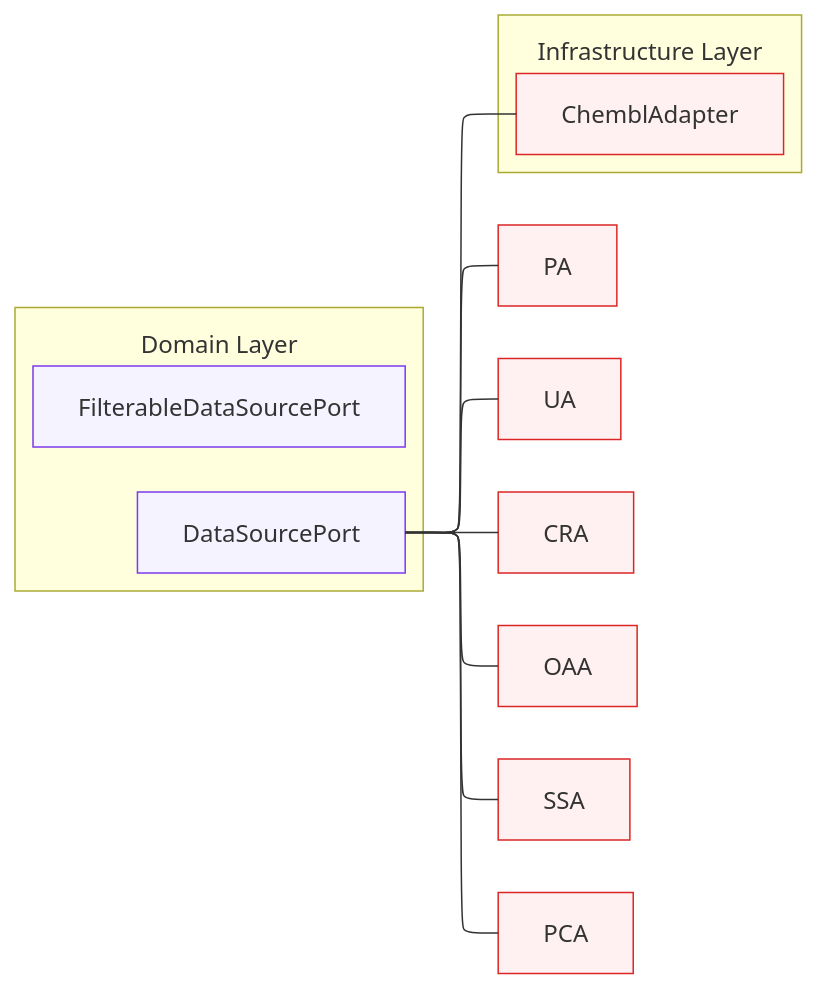
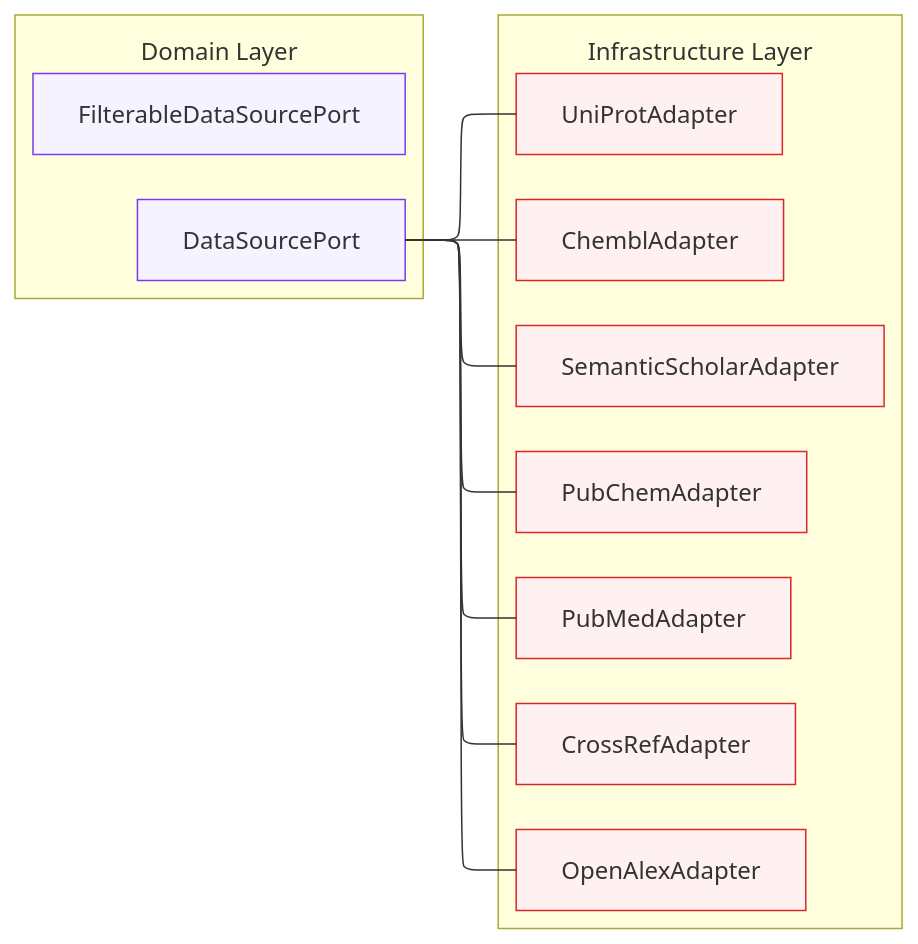
One commit to SatoryKono/BioactivityDataAcquisition changed the diagram in docs/02-architecture/diagrams/architecture/13g-port-contracts-data-sources.mmd. Above: the diagram before and after it, drawn with Mermaid. The commit also changed 24 other files, not shown here.

```diff
--- a/docs/02-architecture/diagrams/architecture/13g-port-contracts-data-sources.mmd
+++ b/docs/02-architecture/diagrams/architecture/13g-port-contracts-data-sources.mmd
@@ -1,41 +1,48 @@
 %% BioETL — Port Contracts: Data Sources
-%% Covers DataSourcePort and FilterableDataSourcePort implementations per provider.
+%% Covers DataSourcePort implementations per provider. FilterableDataSourcePort
+%% is shown without provider bindings in this view (keep-orphan).
 
 %% @version 1.0.0
 %% @date    2026-07-31
 %% @type    flowchart
 %% @level   System / Component
 %% @view    data-sources
 %% @parent  13-port-protocol-contracts.mmd
 %% @nodes   9
 %% @uniform width=240 height=56 max_title_len=34 max_desc_lines=1
 
 %%{init: {
   'flowchart': {
     'subGraphTitleMargin': { 'top': 12, 'bottom': 12 }
   },
   'layout': 'elk',
   'elk': {
     'mergeEdges': true,
     'nodePlacementStrategy': 'BRANDES_KOEPF',
     'edgeRouting': 'ORTHOGONAL'
   }
 }}%%
 graph LR
 %% keep-orphan: FDSP
     subgraph Domain["Domain Layer"]
         DSP["DataSourcePort"]:::size-sm
         FDSP["FilterableDataSourcePort"]:::size-sm
     end
 
     subgraph Infrastructure["Infrastructure Layer"]
         CA["ChemblAdapter"]:::size-sm
+        PA["PubMedAdapter"]:::size-sm
+        UA["UniProtAdapter"]:::size-sm
+        CRA["CrossRefAdapter"]:::size-sm
+        OAA["OpenAlexAdapter"]:::size-sm
+        SSA["SemanticScholarAdapter"]:::size-sm
+        PCA["PubChemAdapter"]:::size-sm
     end
 
     DSP --- CA & PA & UA & CRA & OAA & SSA & PCA
 
     classDef domain fill:#f5f3ff,stroke:#7c3aed
     classDef infra fill:#fff1f2,stroke:#dc2626
 
     class DSP,FDSP domain
     class CA,PA,UA,CRA,OAA,SSA,PCA infra
```
